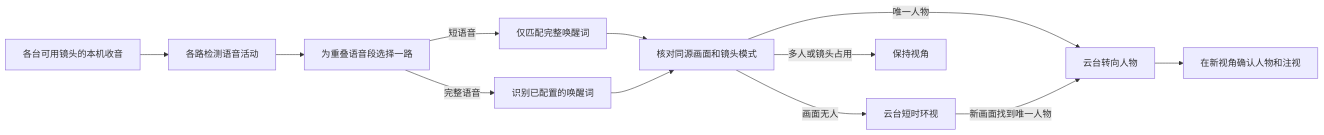
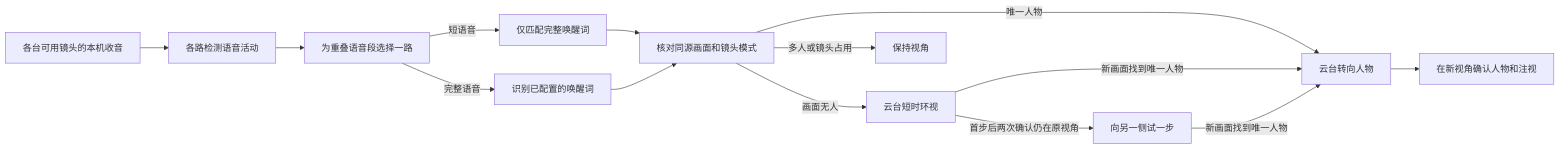
One commit to Geeprox/Friday changed the seventh of 33 diagrams in docs/architecture.md. Above: the diagram before and after it, drawn with Mermaid. The commit also changed other lines of this file and 3 other files, not shown here.

````diff
--- a/docs/architecture.md
+++ b/docs/architecture.md
@@ -170,14 +170,16 @@
 ```mermaid
 flowchart LR
   A[各台可用镜头的本机收音] --> V[各路检测语音活动]
   V --> S[为重叠语音段选择一路]
   S -->|短语音| W[仅匹配完整唤醒词]
   S -->|完整语音| B[识别已配置的唤醒词]
   W --> C[核对同源画面和镜头模式]
   B --> C[核对同源画面和镜头模式]
   C -->|唯一人物| D[云台转向人物]
   C -->|画面无人| E[云台短时环视]
+  E -->|首步后两次确认仍在原视角| H[向另一侧试一步]
   E -->|新画面找到唯一人物| D
+  H -->|新画面找到唯一人物| D
   C -->|多人或镜头占用| F[保持视角]
   D --> G[在新视角确认人物和注视]
 ```
````
